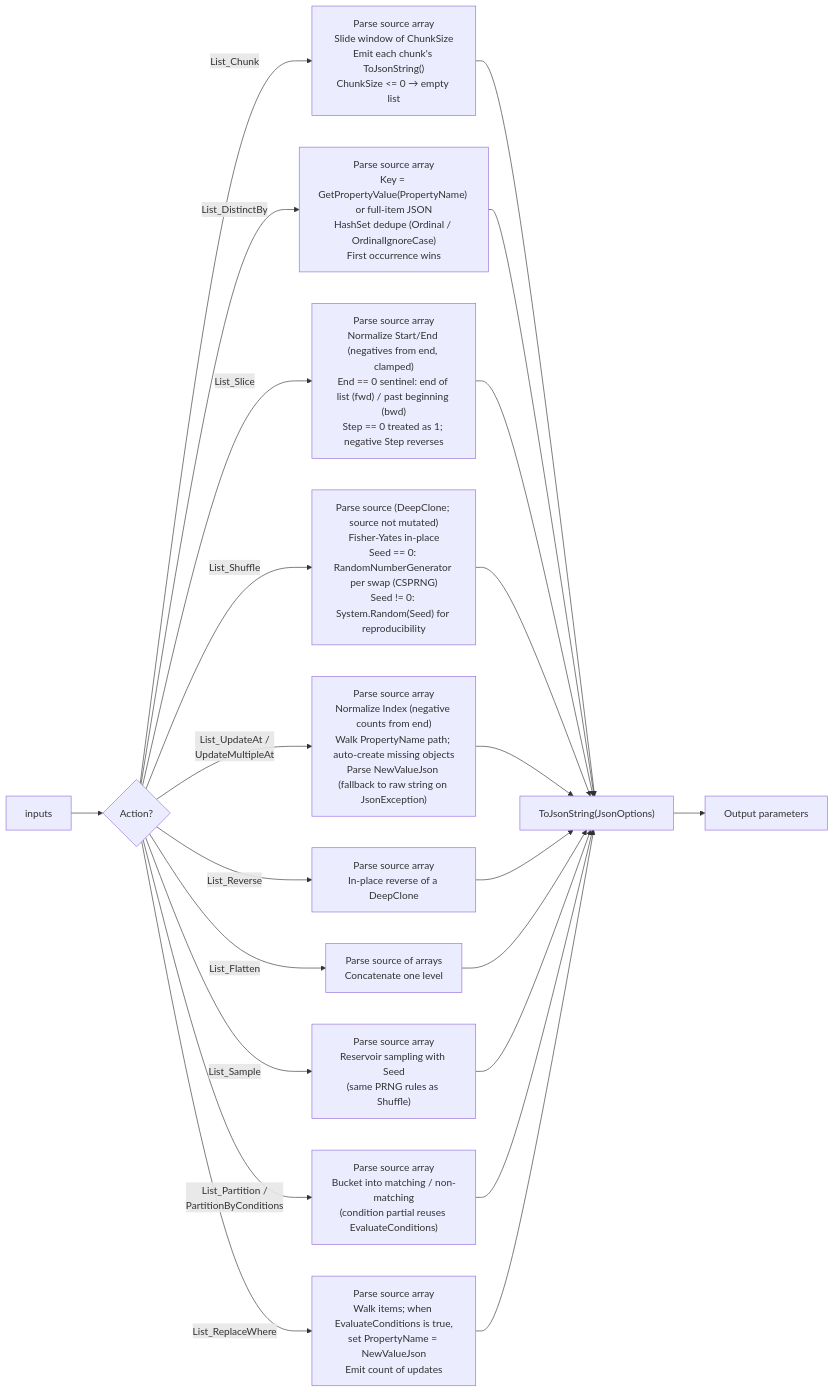
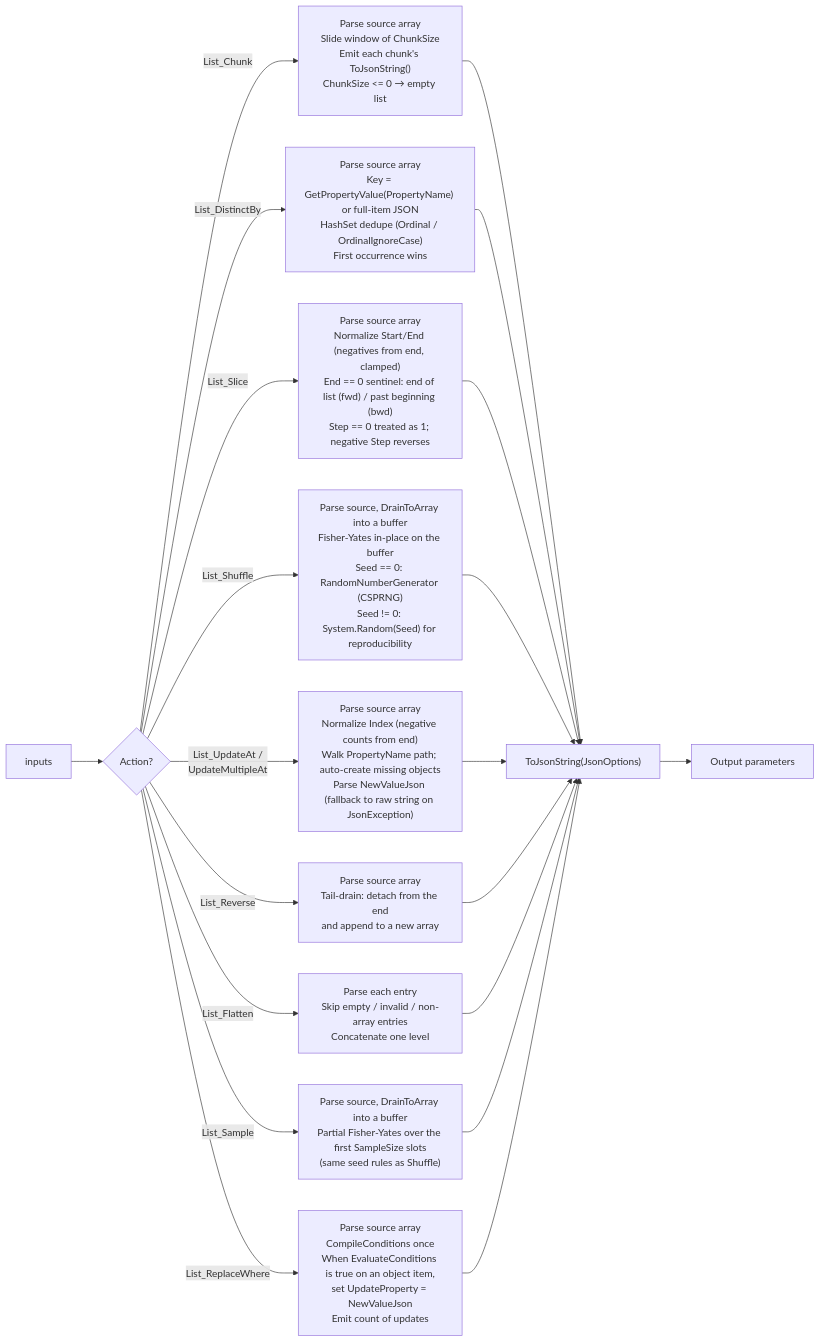
The fourth of 7 diagrams in ARCHITECTURE.md (alex-cres/OSListUtilsServerSide), drawn with Mermaid before and after one commit. The commit also changed other lines of this file and 15 other files, not shown here.

````diff
--- a/ARCHITECTURE.md
+++ b/ARCHITECTURE.md
@@ -137,25 +145,23 @@
 ```mermaid
 flowchart LR
     In[inputs] --> Type{Action?}
     Type -->|List_Chunk| Chunk["Parse source array<br/>Slide window of ChunkSize<br/>Emit each chunk's ToJsonString()<br/>ChunkSize &lt;= 0 → empty list"]
     Type -->|List_DistinctBy| Distinct["Parse source array<br/>Key = GetPropertyValue(PropertyName) or full-item JSON<br/>HashSet dedupe (Ordinal / OrdinalIgnoreCase)<br/>First occurrence wins"]
     Type -->|List_Slice| Slice["Parse source array<br/>Normalize Start/End (negatives from end, clamped)<br/>End == 0 sentinel: end of list (fwd) / past beginning (bwd)<br/>Step == 0 treated as 1; negative Step reverses"]
-    Type -->|List_Shuffle| Shuffle["Parse source (DeepClone; source not mutated)<br/>Fisher-Yates in-place<br/>Seed == 0: RandomNumberGenerator per swap (CSPRNG)<br/>Seed != 0: System.Random(Seed) for reproducibility"]
+    Type -->|List_Shuffle| Shuffle["Parse source, DrainToArray into a buffer<br/>Fisher-Yates in-place on the buffer<br/>Seed == 0: RandomNumberGenerator (CSPRNG)<br/>Seed != 0: System.Random(Seed) for reproducibility"]
     Type -->|List_UpdateAt /<br/>UpdateMultipleAt| Update["Parse source array<br/>Normalize Index (negative counts from end)<br/>Walk PropertyName path; auto-create missing objects<br/>Parse NewValueJson (fallback to raw string on JsonException)"]
-    Type -->|List_Reverse| Reverse["Parse source array<br/>In-place reverse of a DeepClone"]
-    Type -->|List_Flatten| Flatten["Parse source of arrays<br/>Concatenate one level"]
-    Type -->|List_Sample| Sample["Parse source array<br/>Reservoir sampling with Seed<br/>(same PRNG rules as Shuffle)"]
-    Type -->|List_Partition /<br/>PartitionByConditions| Partition["Parse source array<br/>Bucket into matching / non-matching<br/>(condition partial reuses EvaluateConditions)"]
-    Type -->|List_ReplaceWhere| Replace["Parse source array<br/>Walk items; when EvaluateConditions is true,<br/>set PropertyName = NewValueJson<br/>Emit count of updates"]
+    Type -->|List_Reverse| Reverse["Parse source array<br/>Tail-drain: detach from the end<br/>and append to a new array"]
+    Type -->|List_Flatten| Flatten["Parse each entry<br/>Skip empty / invalid / non-array entries<br/>Concatenate one level"]
+    Type -->|List_Sample| Sample["Parse source, DrainToArray into a buffer<br/>Partial Fisher-Yates over the first SampleSize slots<br/>(same seed rules as Shuffle)"]
+    Type -->|List_ReplaceWhere| Replace["Parse source array<br/>CompileConditions once<br/>When EvaluateConditions is true on an object item,<br/>set UpdateProperty = NewValueJson<br/>Emit count of updates"]
     Chunk --> Serialize["ToJsonString(JsonOptions)"]
     Distinct --> Serialize
     Slice --> Serialize
     Shuffle --> Serialize
     Update --> Serialize
     Reverse --> Serialize
     Flatten --> Serialize
     Sample --> Serialize
-    Partition --> Serialize
     Replace --> Serialize
     Serialize --> Out[Output parameters]
 ```
````
